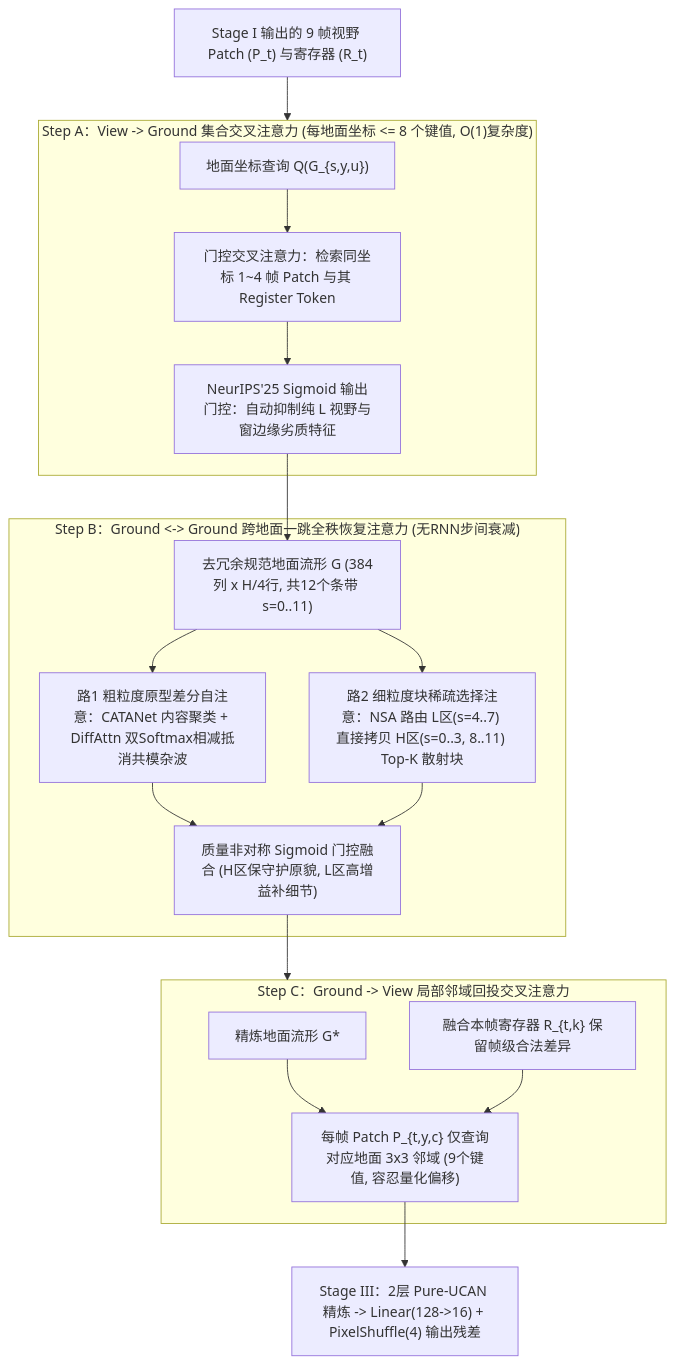
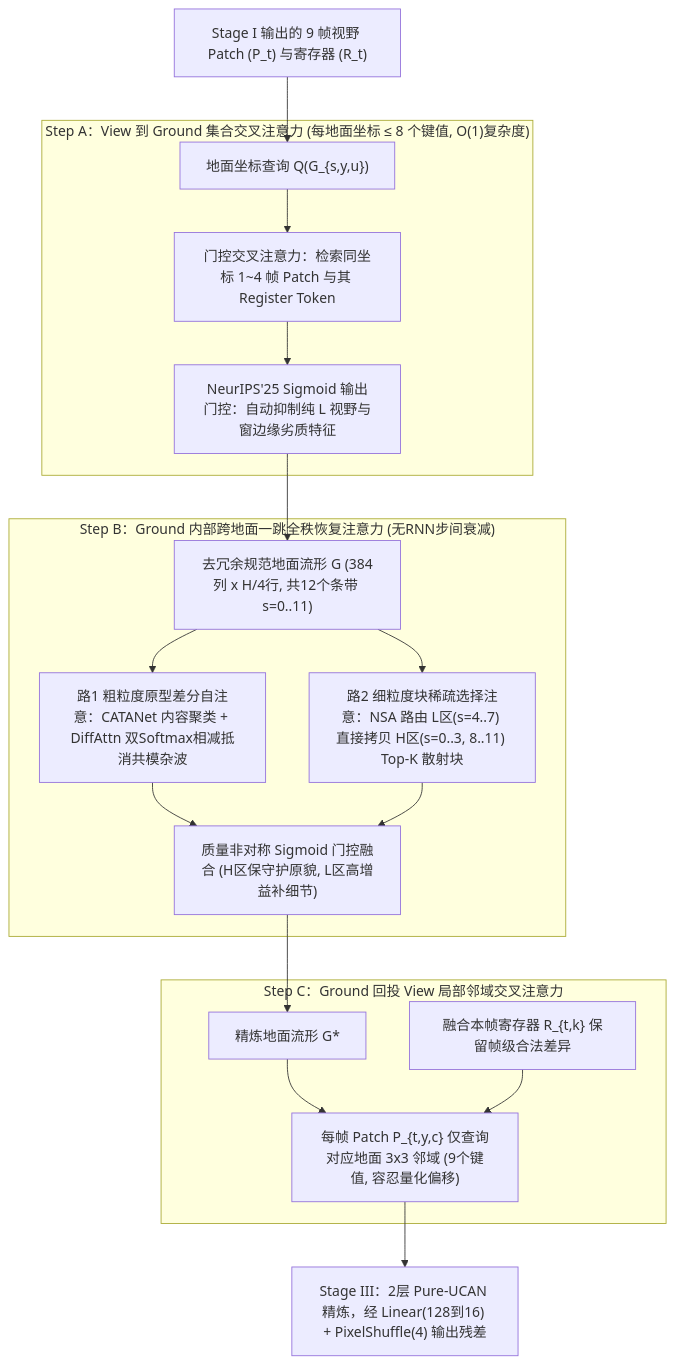
One commit to deathend110/SAR_Sequence_Restore changed the fourth of 5 diagrams in docs/架构设计B_从基础UCAN与序列恢复重构.md. Above: the diagram before and after it, drawn with Mermaid. The commit also changed other lines of this file and 1 other file, not shown here.

Commit message:
修复两份架构设计文档在Typora中的公式与Mermaid渲染语法错误

````diff
--- a/docs/架构设计B_从基础UCAN与序列恢复重构.md
+++ b/docs/架构设计B_从基础UCAN与序列恢复重构.md
@@ -85,27 +85,27 @@
 ```mermaid
-flowchart TD
-    V_IN["Stage I 输出的 9 帧视野 Patch (P_t) 与寄存器 (R_t)"] --> S1
+graph TD
+    V_IN["Stage I 输出的 9 帧视野 Patch (P_t) 与寄存器 (R_t)"] --> Q_G
 
-    subgraph S1["Step A：View -> Ground 集合交叉注意力 (每地面坐标 <= 8 个键值, O(1)复杂度)"]
+    subgraph S1 ["Step A：View 到 Ground 集合交叉注意力 (每地面坐标 ≤ 8 个键值, O(1)复杂度)"]
         Q_G["地面坐标查询 Q(G_{s,y,u})"] --> X_V2G["门控交叉注意力：检索同坐标 1~4 帧 Patch 与其 Register Token"]
         X_V2G --> GATE_V["NeurIPS'25 Sigmoid 输出门控：自动抑制纯 L 视野与窗边缘劣质特征"]
     end
 
     GATE_V --> G_BASE["去冗余规范地面流形 G (384列 x H/4行, 共12个条带 s=0..11)"]
 
-    subgraph S2["Step B：Ground <-> Ground 跨地面一跳全秩恢复注意力 (无RNN步间衰减)"]
+    subgraph S2 ["Step B：Ground 内部跨地面一跳全秩恢复注意力 (无RNN步间衰减)"]
         G_BASE --> CATA["路1 粗粒度原型差分自注意：CATANet 内容聚类 + DiffAttn 双Softmax相减抵消共模杂波"]
         G_BASE --> NSA_B["路2 细粒度块稀疏选择注意：NSA 路由 L区(s=4..7) 直接拷贝 H区(s=0..3, 8..11) Top-K 散射块"]
         CATA --> G_MERGE["质量非对称 Sigmoid 门控融合 (H区保守护原貌, L区高增益补细节)"]
         NSA_B --> G_MERGE
     end
 
-    G_MERGE --> S3
+    G_MERGE --> G_STAR
 
-    subgraph S3["Step C：Ground -> View 局部邻域回投交叉注意力"]
+    subgraph S3 ["Step C：Ground 回投 View 局部邻域交叉注意力"]
         G_STAR["精炼地面流形 G*"] --> X_G2V["每帧 Patch P_{t,y,c} 仅查询对应地面 3x3 邻域 (9个键值, 容忍量化偏移)"]
         R_KEEP["融合本帧寄存器 R_{t,k} 保留帧级合法差异"] --> X_G2V
     end
 
-    X_G2V --> OUT["Stage III：2层 Pure-UCAN 精炼 -> Linear(128->16) + PixelShuffle(4) 输出残差"]
+    X_G2V --> OUT["Stage III：2层 Pure-UCAN 精炼，经 Linear(128到16) + PixelShuffle(4) 输出残差"]
 ```
````
